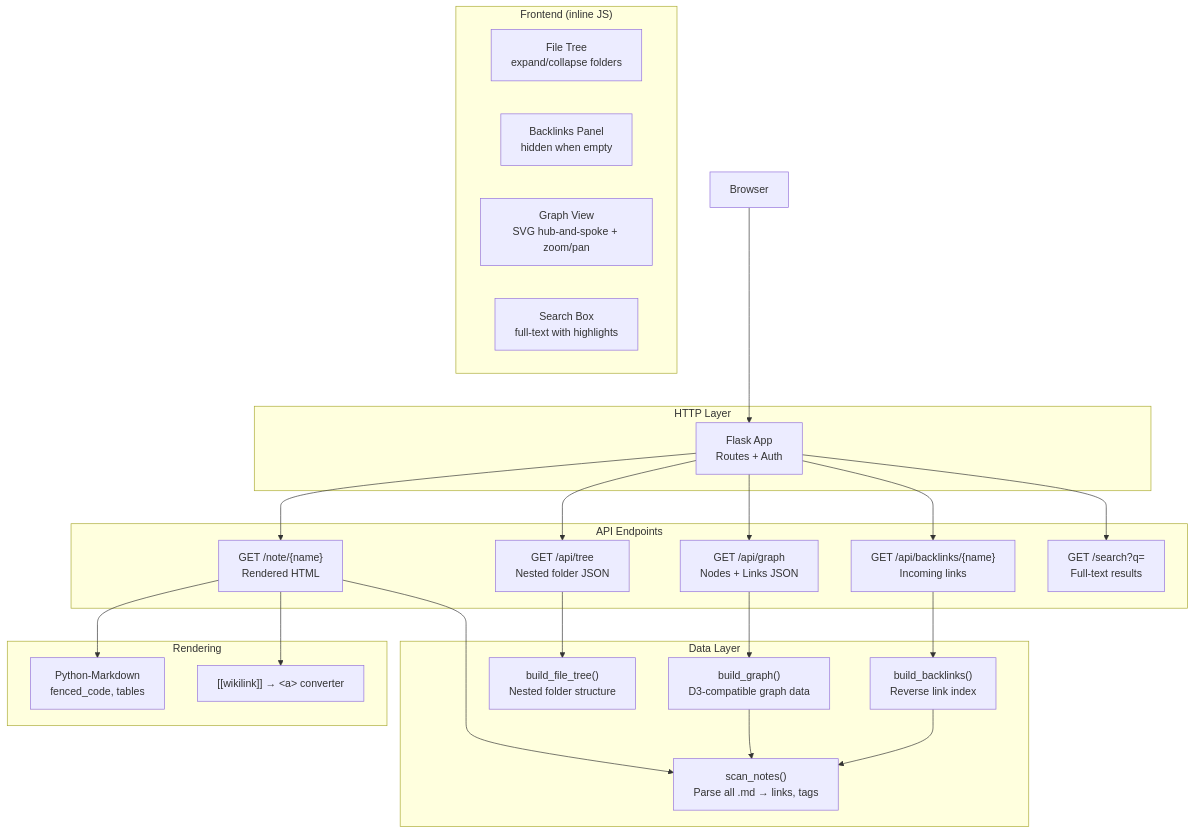
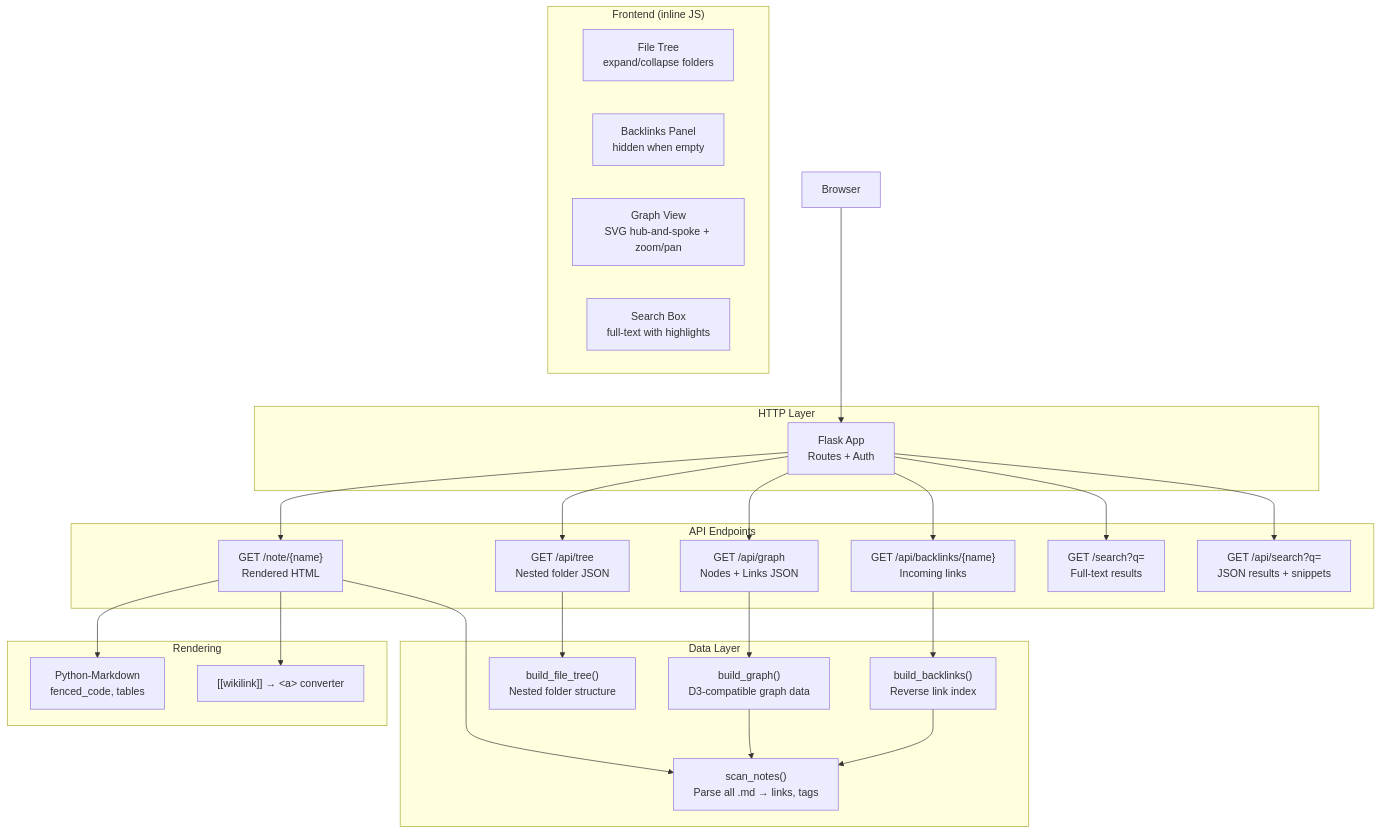
The second of 4 diagrams in docs/architecture.md (bmvanwyk/VaultView), drawn with Mermaid before and after one commit. The commit also changed 2 other files, not shown here.

Commit message:
feat: live search with /api/search, ranked results, escaping fix, mobile layout
- Add search_notes() data-layer function: searches note names, tags, and
  content; ranks by name > tag > content frequency; up to 3 escaped+highlighted
  snippets per note plus overflow count
- Add GET /api/search?q= JSON endpoint (drives live search)
- /search page now renders ranked results with match-type badges
- Live debounced (250ms) search on the /search page; '/' focuses the search box
- Fix HTML escaping: snippets and sidebar query value were injected unescaped
  (script/quote chars in notes could inject markup)
- Fix pre-existing 500 on every page render: single-brace JS object in the
  mermaid.initialize f-string (NameError at request time)
- Add mobile layout (<768px): off-canvas sidebar drawer with hamburger toggle;
  content full-width, backlinks panel hidden (AGENTS.md rule 11)

````diff
--- a/docs/architecture.md
+++ b/docs/architecture.md
@@ -43,50 +43,52 @@
 ```mermaid
 graph TB
     subgraph "HTTP Layer"
         Flask["Flask App<br/>Routes + Auth"]
     end
 
     subgraph "API Endpoints"
         PageRoute["GET /note/{name}<br/>Rendered HTML"]
         GraphAPI["GET /api/graph<br/>Nodes + Links JSON"]
         TreeAPI["GET /api/tree<br/>Nested folder JSON"]
         BacklinkAPI["GET /api/backlinks/{name}<br/>Incoming links"]
         SearchRoute["GET /search?q=<br/>Full-text results"]
+        SearchAPI["GET /api/search?q=<br/>JSON results + snippets"]
     end
 
     subgraph "Data Layer"
         Scanner["scan_notes()<br/>Parse all .md → links, tags"]
         GraphBuilder["build_graph()<br/>D3-compatible graph data"]
         TreeBuilder["build_file_tree()<br/>Nested folder structure"]
         BacklinkFinder["build_backlinks()<br/>Reverse link index"]
     end
 
     subgraph "Rendering"
         Markdown["Python-Markdown<br/>fenced_code, tables"]
         WikiLinks["[[wikilink]] → &lt;a&gt; converter"]
     end
 
     subgraph "Frontend (inline JS)"
         FileTree["File Tree<br/>expand/collapse folders"]
         BacklinksPanel["Backlinks Panel<br/>hidden when empty"]
         GraphView["Graph View<br/>SVG hub-and-spoke + zoom/pan"]
         SearchBox["Search Box<br/>full-text with highlights"]
     end
 
     Browser --> Flask
     Flask --> PageRoute
     Flask --> GraphAPI
     Flask --> TreeAPI
     Flask --> BacklinkAPI
     Flask --> SearchRoute
+    Flask --> SearchAPI
 
     PageRoute --> Scanner
     PageRoute --> Markdown
     PageRoute --> WikiLinks
     GraphAPI --> GraphBuilder
     TreeAPI --> TreeBuilder
     BacklinkAPI --> BacklinkFinder
 
     GraphBuilder --> Scanner
     BacklinkFinder --> Scanner
 ```
````
